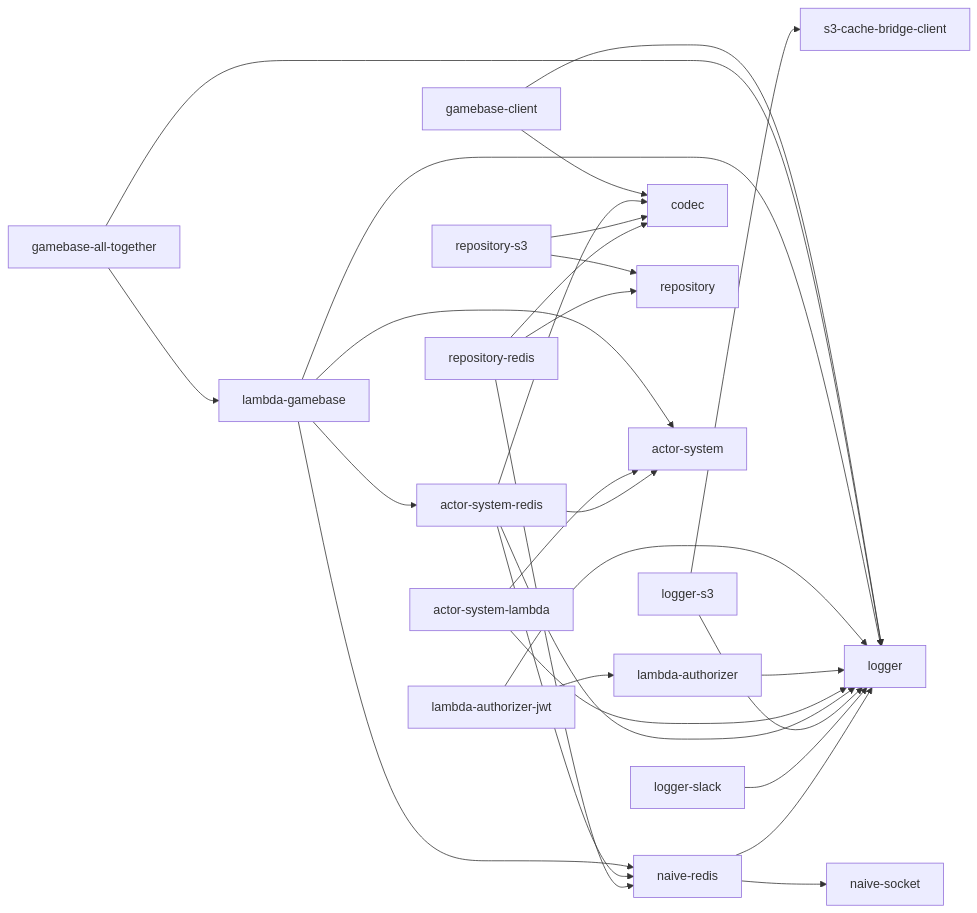
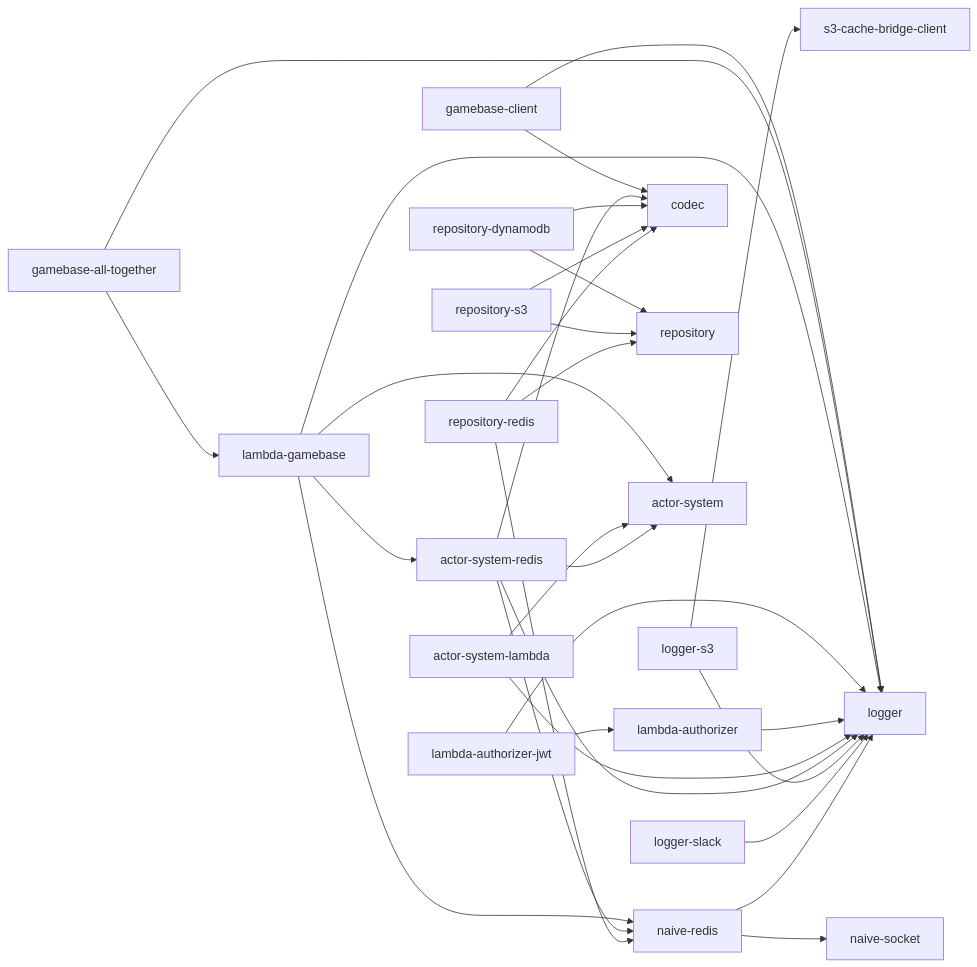
Before and after one commit to yingyeothon/tslib: the diagram in README.md, drawn with Mermaid. The commit also changed other lines of this file and 29 other files, not shown here.

````diff
--- a/README.md
+++ b/README.md
@@ -31,30 +32,32 @@
 ```mermaid
 graph LR
   naive-redis --> logger
   naive-redis --> naive-socket
   logger-slack --> logger
   logger-s3 --> logger
   logger-s3 --> s3-cache-bridge-client
   repository-redis --> codec
   repository-redis --> naive-redis
   repository-redis --> repository
   repository-s3 --> codec
   repository-s3 --> repository
+  repository-dynamodb --> codec
+  repository-dynamodb --> repository
   actor-system-redis --> actor-system
   actor-system-redis --> codec
   actor-system-redis --> logger
   actor-system-redis --> naive-redis
   actor-system-lambda --> actor-system
   actor-system-lambda --> logger
   lambda-authorizer --> logger
   lambda-authorizer-jwt --> lambda-authorizer
   lambda-authorizer-jwt --> logger
   lambda-gamebase --> actor-system
   lambda-gamebase --> actor-system-redis
   lambda-gamebase --> logger
   lambda-gamebase --> naive-redis
   gamebase-all-together --> lambda-gamebase
   gamebase-all-together --> logger
   gamebase-client --> codec
   gamebase-client --> logger
 ```
````
